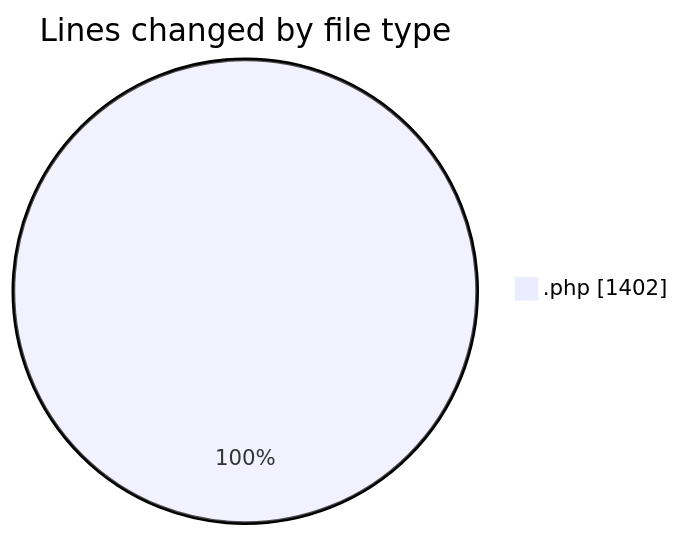
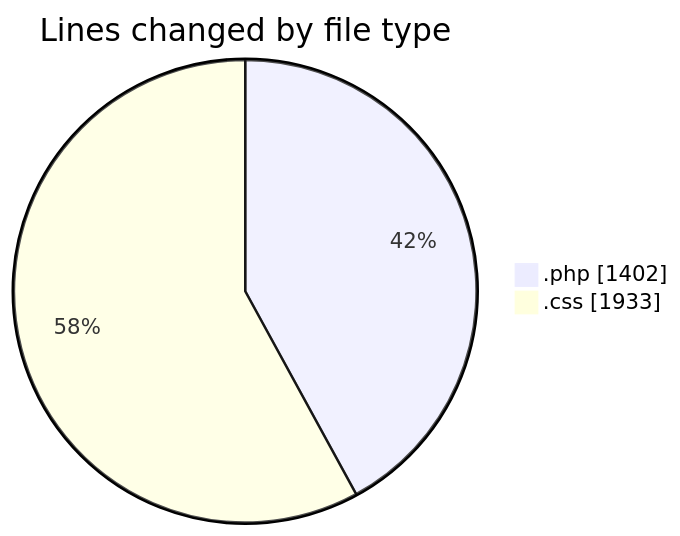
Before and after one commit to debugP/code-tracking: the first of 2 diagrams in 2025-10-23/untitled__workspace_/README.md, drawn with Mermaid. The commit also changed other lines of this file and 1 other file, not shown here.

````diff
--- a/2025-10-23/untitled__workspace_/README.md
+++ b/2025-10-23/untitled__workspace_/README.md
@@ -20,5 +21,6 @@
 ```mermaid
 pie showData
 title Lines changed by file type
 ".php" : 1402
+".css" : 1933
 ```
````
